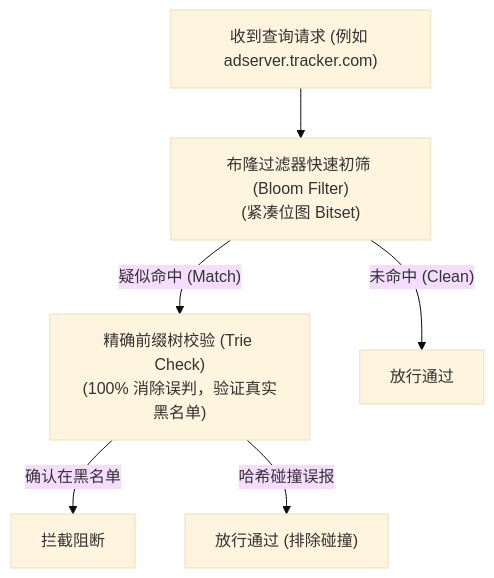
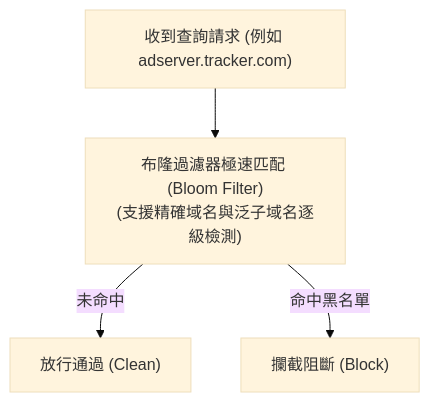
One commit to Obein/DNS-Worker changed the diagram in docs/src/content/docs/zh-tw/filtering/rules.mdx. Above: the diagram before and after it, drawn with Mermaid (base theme). The commit also changed other lines of this file and 7 other files, not shown here.

````diff
--- a/docs/src/content/docs/zh-tw/filtering/rules.mdx
+++ b/docs/src/content/docs/zh-tw/filtering/rules.mdx
@@ -101,15 +101,11 @@
 ```mermaid
 flowchart TD
-    REQ["收到查询请求 (例如 adserver.tracker.com)"]
-    BLOOM["布隆过滤器快速初筛 (Bloom Filter)<br/>(紧凑位图 Bitset)"]
-    TRIE["精确前缀树校验 (Trie Check)<br/>(100% 消除误判，验证真实黑名单)"]
-    PASS1["放行通过"]
-    BLOCK["拦截阻断"]
-    PASS2["放行通过 (排除碰撞)"]
+    REQ["收到查詢請求 (例如 adserver.tracker.com)"]
+    BLOOM["布隆過濾器極速匹配 (Bloom Filter)<br/>(支援精確域名與泛子域名逐級檢測)"]
+    PASS["放行通過 (Clean)"]
+    BLOCK["攔截阻斷 (Block)"]
 
     REQ --> BLOOM
-    BLOOM -->|"未命中 (Clean)"| PASS1
-    BLOOM -->|"疑似命中 (Match)"| TRIE
-    TRIE -->|"确认在黑名单"| BLOCK
-    TRIE -->|"哈希碰撞误报"| PASS2
+    BLOOM -->|"未命中"| PASS
+    BLOOM -->|"命中黑名單"| BLOCK
 ```
````
